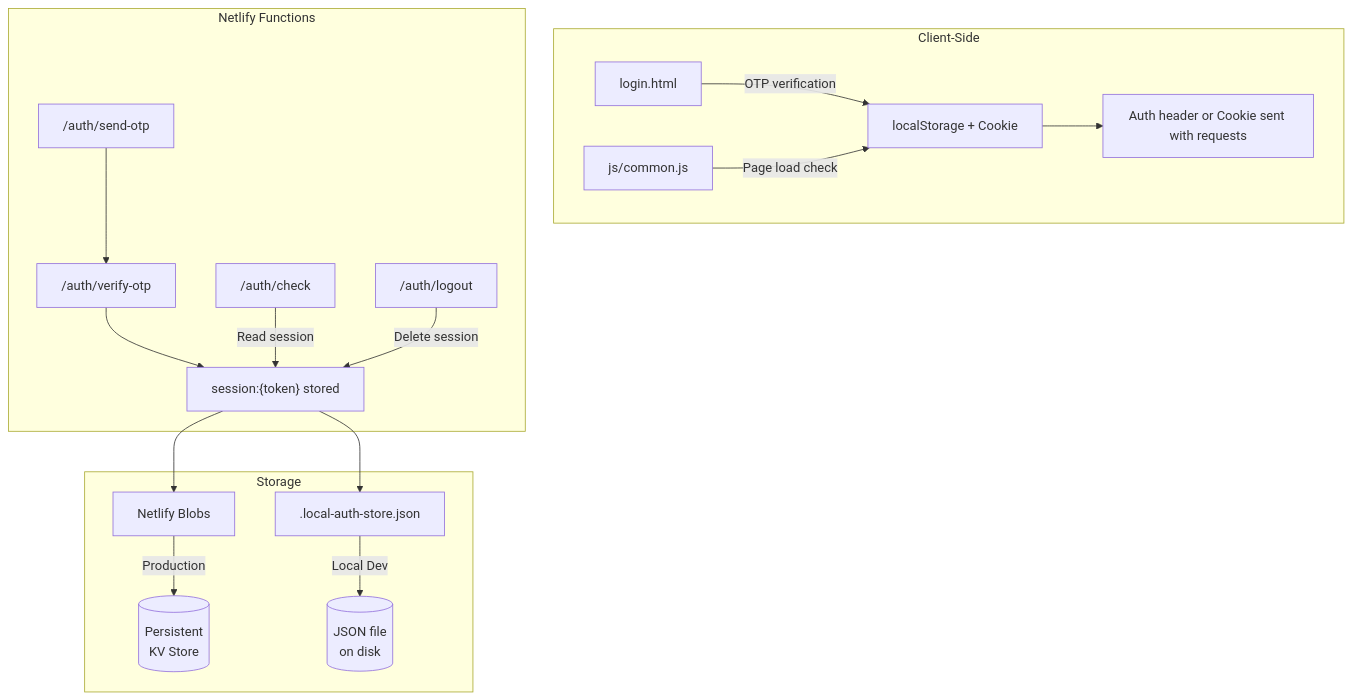
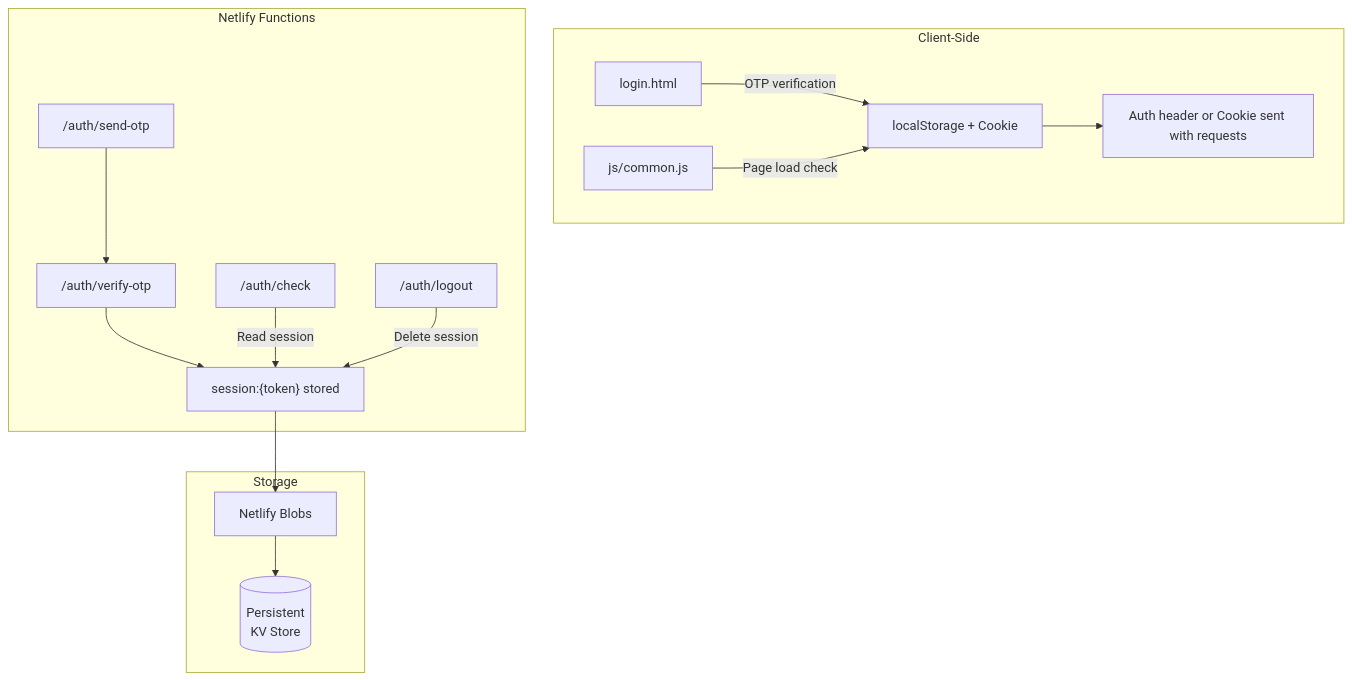
The sixth of 6 diagrams in docs/auth-system.md (anbusivam/vazhaihtml), drawn with Mermaid before and after one commit. The commit also changed other lines of this file and 1 other file, not shown here.

Commit message:
blob store access from local

````diff
--- a/docs/auth-system.md
+++ b/docs/auth-system.md
@@ -294,23 +318,21 @@
 ```mermaid
 flowchart TD
     subgraph Client-Side
         A[login.html] --> |OTP verification| B[localStorage + Cookie]
         C[js/common.js] --> |Page load check| B
         B --> D[Auth header or Cookie sent with requests]
     end
 
     subgraph Netlify_Functions ["Netlify Functions"]
         E["/auth/send-otp"] --> F["/auth/verify-otp"]
         F --> G["session:{token} stored"]
         H["/auth/check"] --> |Read session| G
         I["/auth/logout"] --> |Delete session| G
     end
 
     subgraph Storage
-        J[Netlify Blobs] -->|Production| K[(Persistent<br/>KV Store)]
-        L[.local-auth-store.json] -->|Local Dev| M[(JSON file<br/>on disk)]
+        J[Netlify Blobs] --> K[(Persistent<br/>KV Store)]
     end
 
     G --> J
-    G --> L
 ```
````
